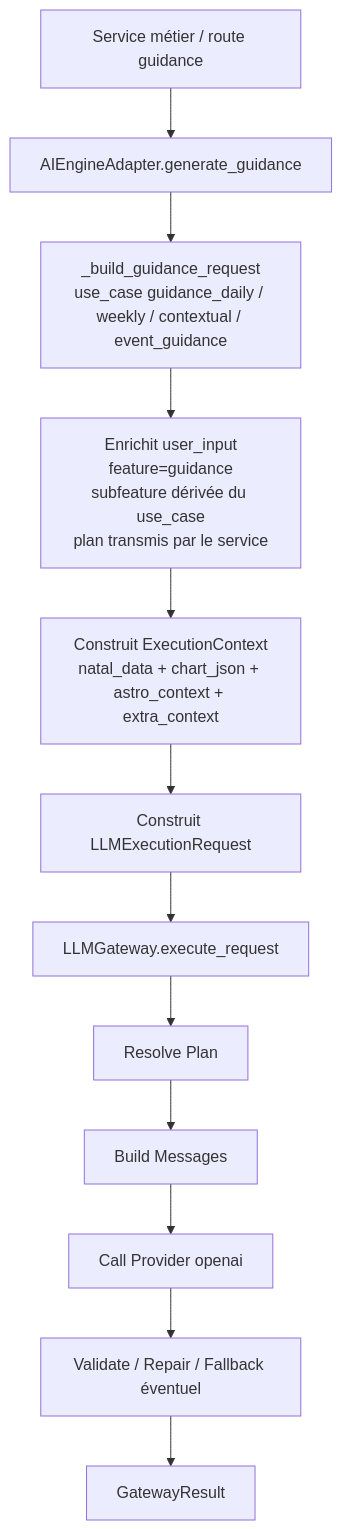
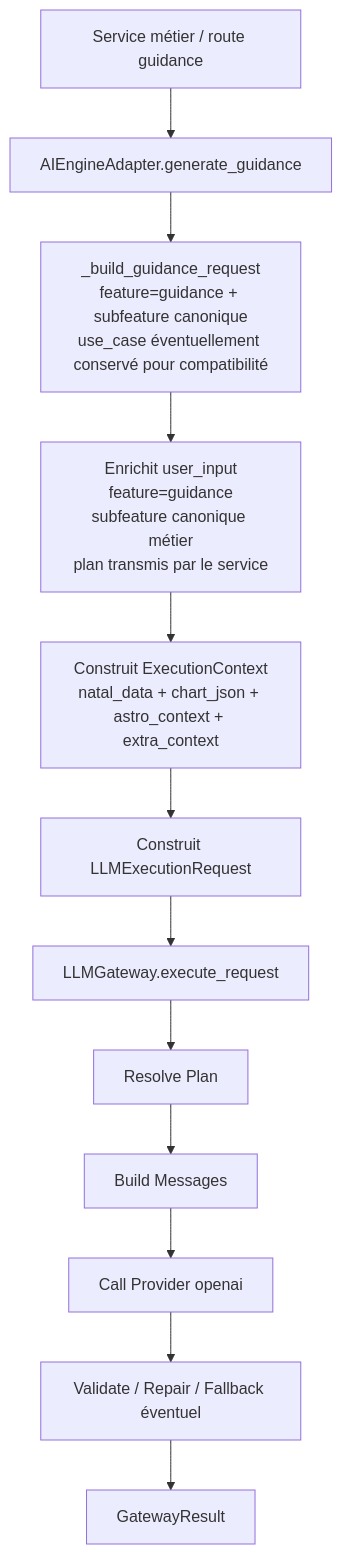
One commit to daconrilcy/horoscope_front changed the third of 7 diagrams in docs/llm-prompt-generation-by-feature.md. Above: the diagram before and after it, drawn with Mermaid. The commit also changed other lines of this file, not shown here.

Commit message:
docs(llm): align feature prompt guide with story 66-20

````diff
--- a/docs/llm-prompt-generation-by-feature.md
+++ b/docs/llm-prompt-generation-by-feature.md
@@ -160,14 +168,14 @@
 ```mermaid
 flowchart TD
     A["Service métier / route guidance"] --> B["AIEngineAdapter.generate_guidance"]
-    B --> C["_build_guidance_request<br/>use_case guidance_daily / weekly / contextual / event_guidance"]
-    C --> D["Enrichit user_input<br/>feature=guidance<br/>subfeature dérivée du use_case<br/>plan transmis par le service"]
+    B --> C["_build_guidance_request<br/>feature=guidance + subfeature canonique<br/>use_case éventuellement conservé pour compatibilité"]
+    C --> D["Enrichit user_input<br/>feature=guidance<br/>subfeature canonique métier<br/>plan transmis par le service"]
     D --> E["Construit ExecutionContext<br/>natal_data + chart_json + astro_context + extra_context"]
     E --> F["Construit LLMExecutionRequest"]
     F --> G["LLMGateway.execute_request"]
     G --> H["Resolve Plan"]
     H --> I["Build Messages"]
     I --> J["Call Provider openai"]
     J --> K["Validate / Repair / Fallback éventuel"]
     K --> L["GatewayResult"]
 ```
````
